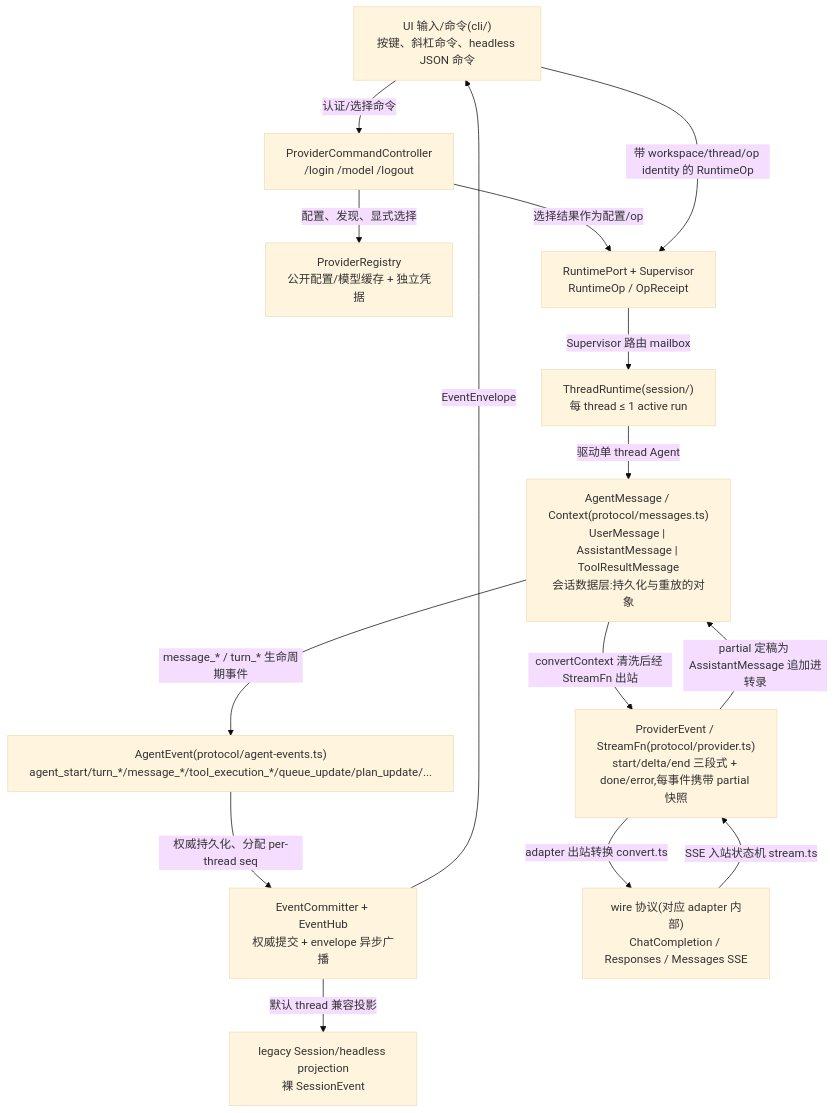
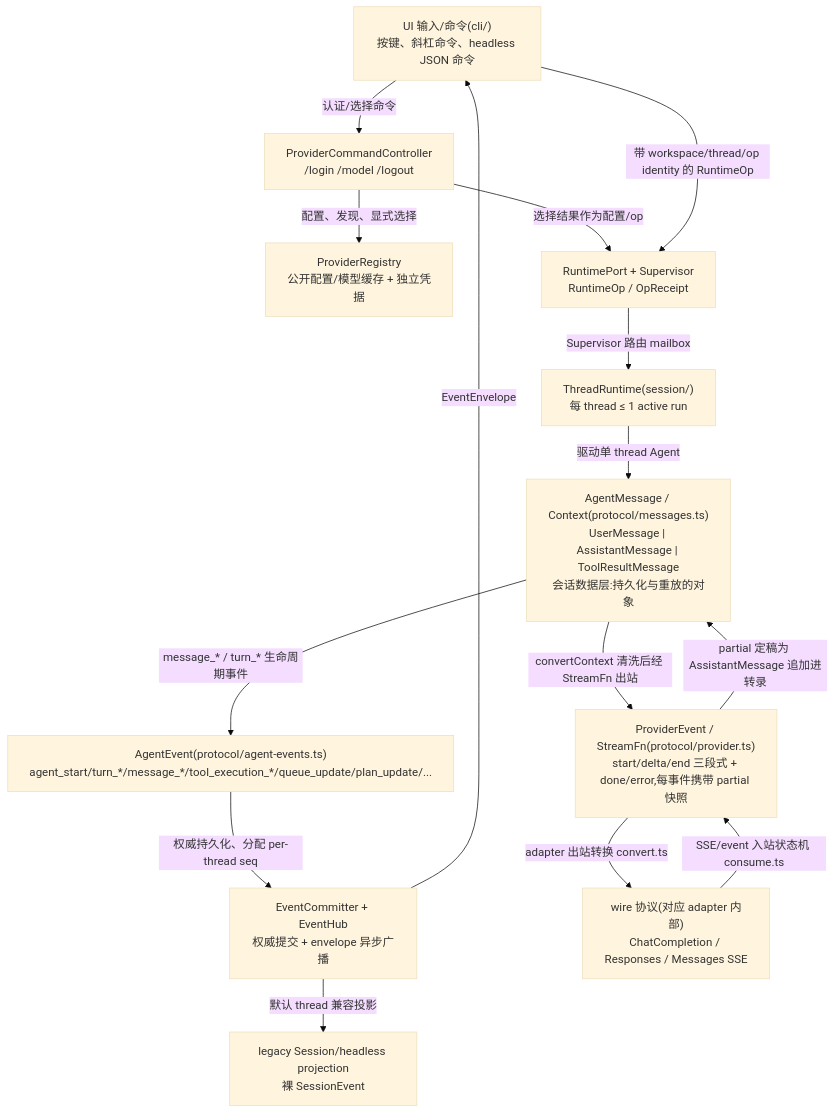
The second of 3 diagrams in docs/02-architecture.md (rita152/coda), drawn with Mermaid (base theme) before and after one commit. The commit also changed other lines of this file and 16 other files, not shown here.

````diff
--- a/docs/02-architecture.md
+++ b/docs/02-architecture.md
@@ -234,29 +210,29 @@
 ```mermaid
 flowchart TB
   UI["UI 输入/命令(cli/)\n按键、斜杠命令、headless JSON 命令"]
   PC["ProviderCommandController\n/login /model /logout"]
   REG["ProviderRegistry\n公开配置/模型缓存 + 独立凭据"]
   RT["RuntimePort + Supervisor\nRuntimeOp / OpReceipt"]
   TR["ThreadRuntime(session/)\n每 thread ≤ 1 active run"]
   EC["EventCommitter + EventHub\n权威提交 + envelope 异步广播"]
   LEG["legacy Session/headless projection\n裸 SessionEvent"]
   AE["AgentEvent(protocol/agent-events.ts)\nagent_start/turn_*/message_*/tool_execution_*/queue_update/plan_update/..."]
   MSG["AgentMessage / Context(protocol/messages.ts)\nUserMessage | AssistantMessage | ToolResultMessage\n会话数据层:持久化与重放的对象"]
   PE["ProviderEvent / StreamFn(protocol/provider.ts)\nstart/delta/end 三段式 + done/error,每事件携带 partial 快照"]
   WIRE["wire 协议(对应 adapter 内部)\nChatCompletion / Responses / Messages SSE"]
 
   UI -->|"认证/选择命令"| PC
   PC -->|"配置、发现、显式选择"| REG
   PC -->|"选择结果作为配置/op"| RT
   UI -->|"带 workspace/thread/op identity 的 RuntimeOp"| RT
   RT -->|"Supervisor 路由 mailbox"| TR
   TR -->|"驱动单 thread Agent"| MSG
   MSG -->|"convertContext 清洗后经 StreamFn 出站"| PE
   PE -->|"adapter 出站转换 convert.ts"| WIRE
-  WIRE -->|"SSE 入站状态机 stream.ts"| PE
+  WIRE -->|"SSE/event 入站状态机 consume.ts"| PE
   PE -->|"partial 定稿为 AssistantMessage 追加进转录"| MSG
   MSG -->|"message_* / turn_* 生命周期事件"| AE
   AE -->|"权威持久化、分配 per-thread seq"| EC
   EC -->|"EventEnvelope"| UI
   EC -->|"默认 thread 兼容投影"| LEG
 ```
````
